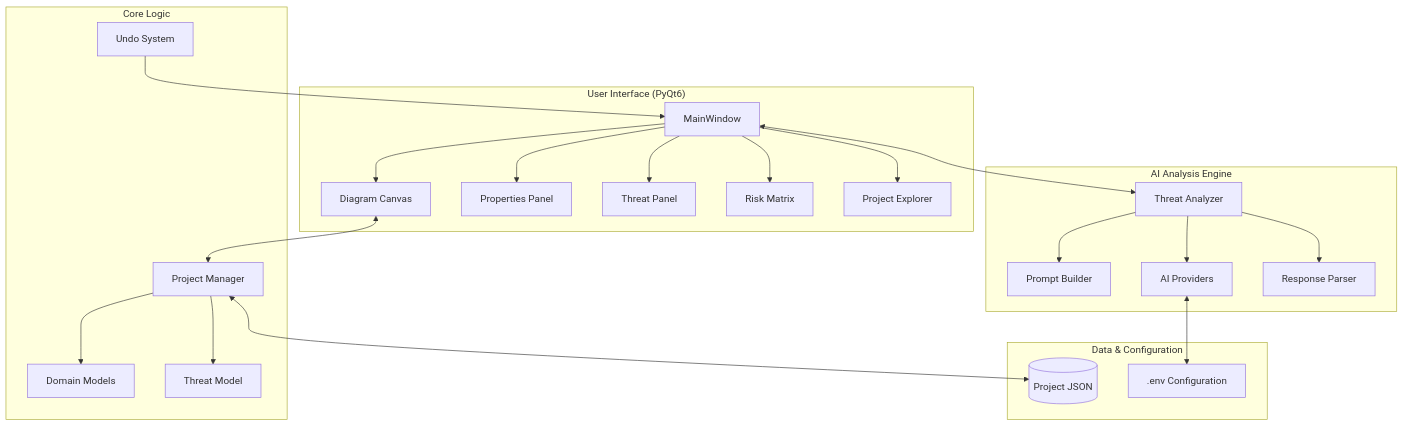
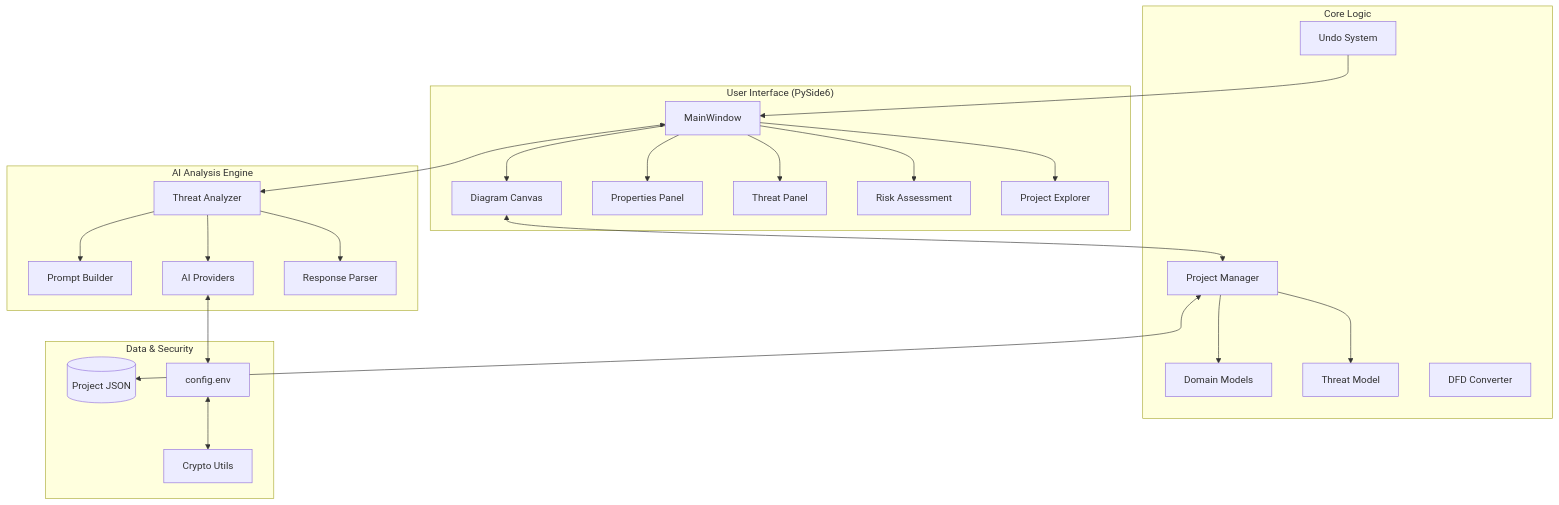
The diagram in ARCHITECTURE.md (dipta-roy/ThreatPilot), drawn with Mermaid before and after one commit. The commit also changed other lines of this file and 29 other files, not shown here.

````diff
--- a/ARCHITECTURE.md
+++ b/ARCHITECTURE.md
@@ -11,32 +11,35 @@
 ```mermaid
 graph TD
-    subgraph "User Interface (PyQt6)"
+    subgraph "User Interface (PySide6)"
         MW[MainWindow] --> DC[Diagram Canvas]
         MW --> PP[Properties Panel]
         MW --> TP[Threat Panel]
-        MW --> RL[Risk Matrix]
+        MW --> RA[Risk Assessment]
         MW --> PE[Project Explorer]
     end
 
     subgraph "Core Logic"
         PM[Project Manager] --> DM[Domain Models]
         PM --> TM[Threat Model]
         US[Undo System] --> MW
+        DFD[DFD Converter]
     end
 
     subgraph "AI Analysis Engine"
         TA[Threat Analyzer] --> PB[Prompt Builder]
         TA --> AP[AI Providers]
         TA --> RP[Response Parser]
     end
 
-    subgraph "Data & Configuration"
+    subgraph "Data & Security"
         JSON[(Project JSON)]
-        ENV[.env Configuration]
+        ENV[config.env]
+        CRY[Crypto Utils]
     end
 
     DC <--> PM
     PM <--> JSON
     MW <--> TA
     AP <--> ENV
+    ENV <--> CRY
 ```
````
